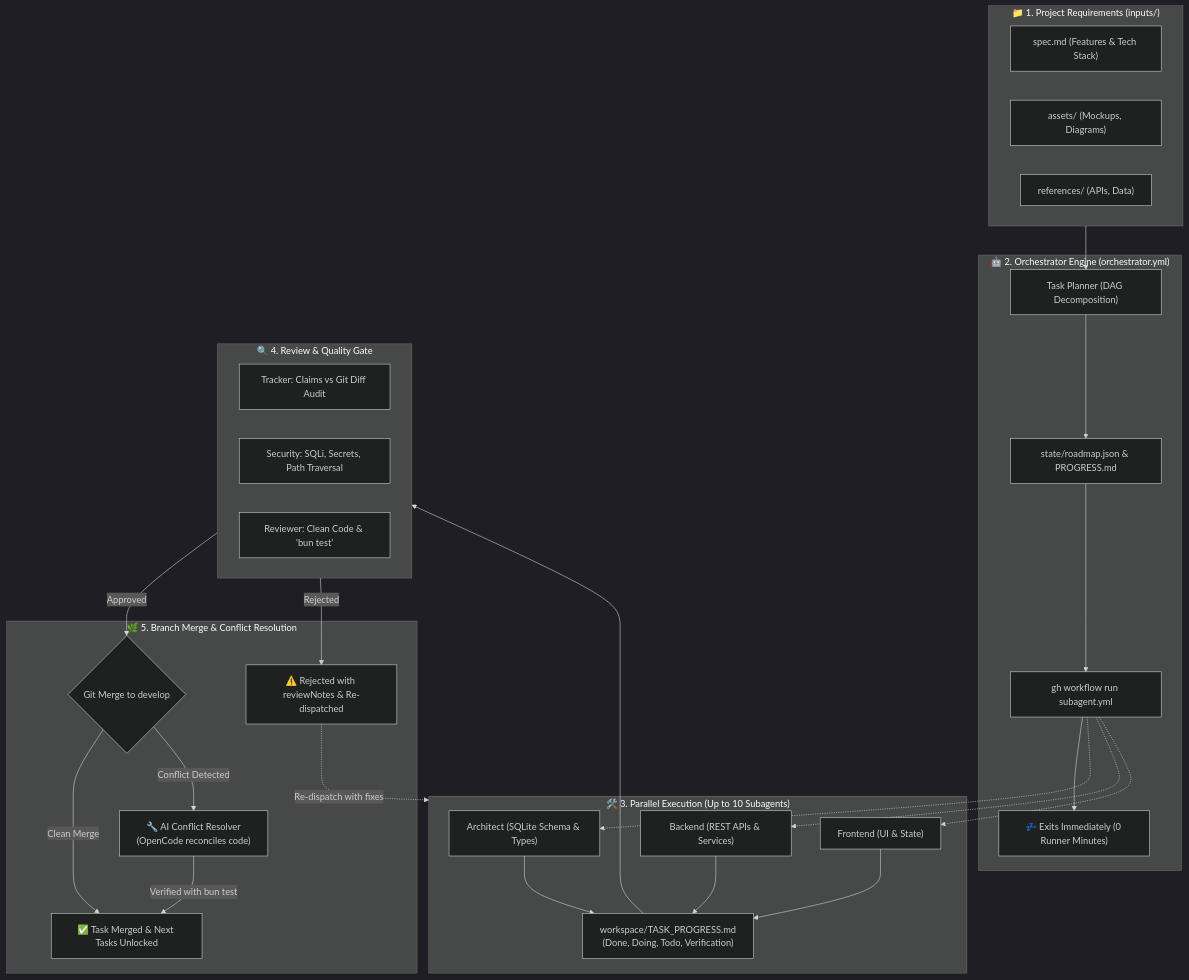
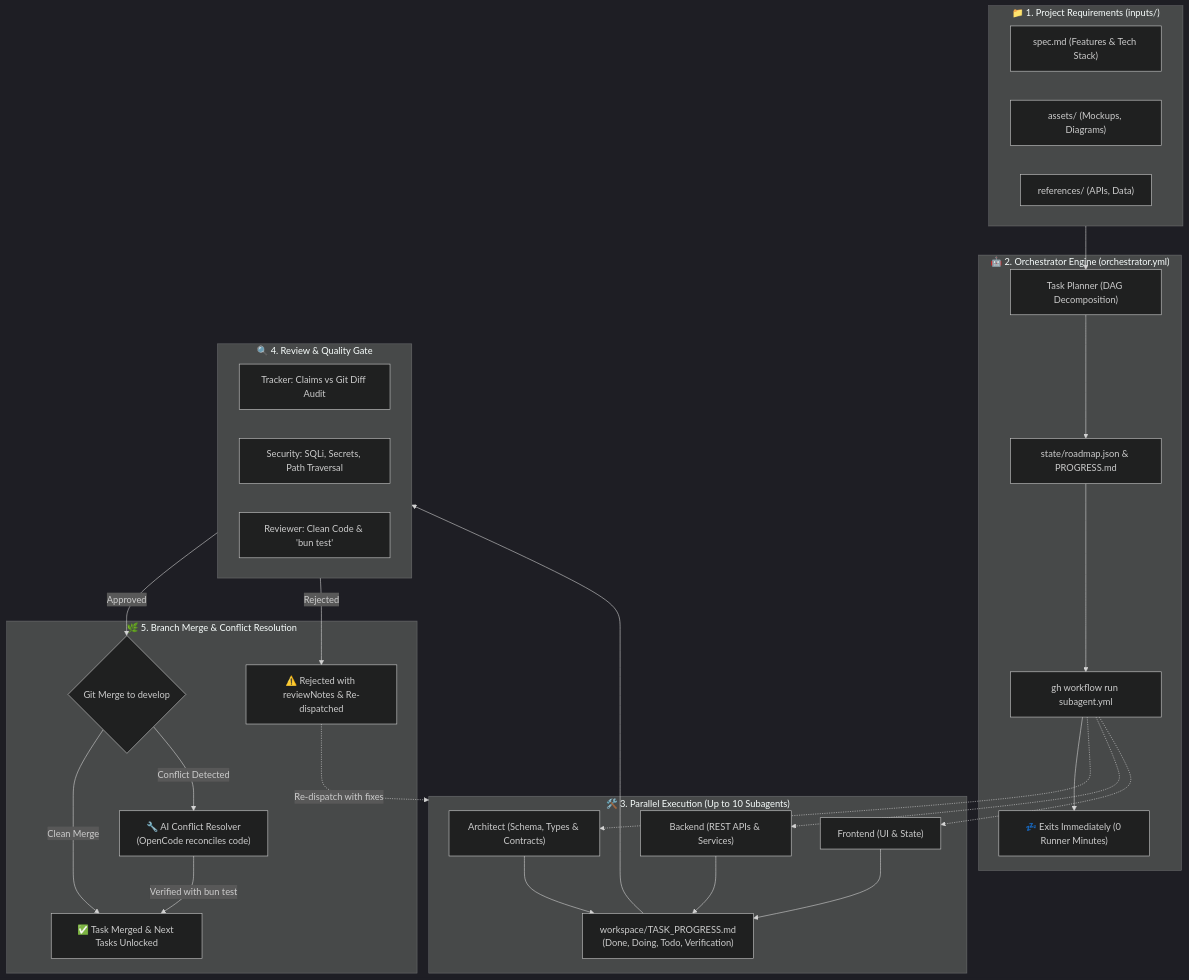
One commit to Taiizor/Orchestrator changed the first of 3 diagrams in README.md. Above: the diagram before and after it, drawn with Mermaid (dark theme). The commit also changed other lines of this file and 12 other files, not shown here.

````diff
--- a/README.md
+++ b/README.md
@@ -11,52 +11,52 @@
 ```mermaid
 flowchart TD
     subgraph Inputs["📁 1. Project Requirements (inputs/)"]
         Spec["spec.md (Features & Tech Stack)"]
         Assets["assets/ (Mockups, Diagrams)"]
         Refs["references/ (APIs, Data)"]
     end
 
     subgraph OrchestratorEngine["🤖 2. Orchestrator Engine (orchestrator.yml)"]
         Plan["Task Planner (DAG Decomposition)"]
         Roadmap["state/roadmap.json & PROGRESS.md"]
         Dispatch["gh workflow run subagent.yml"]
         Sleep["💤 Exits Immediately (0 Runner Minutes)"]
     end
 
     subgraph Subagents["🛠️ 3. Parallel Execution (Up to 10 Subagents)"]
-        AgentA["Architect (SQLite Schema & Types)"]
+        AgentA["Architect (Schema, Types & Contracts)"]
         AgentB["Backend (REST APIs & Services)"]
         AgentC["Frontend (UI & State)"]
         TaskProg["workspace/TASK_PROGRESS.md\n(Done, Doing, Todo, Verification)"]
     end
 
     subgraph QualityGate["🔍 4. Review & Quality Gate"]
         Tracker["Tracker: Claims vs Git Diff Audit"]
         Security["Security: SQLi, Secrets, Path Traversal"]
         Reviewer["Reviewer: Clean Code & 'bun test'"]
     end
 
     subgraph Integration["🌿 5. Branch Merge & Conflict Resolution"]
         GitMerge{"Git Merge to develop"}
         ConflictResolver["🔧 AI Conflict Resolver\n(OpenCode reconciles code)"]
         Success["✅ Task Merged & Next Tasks Unlocked"]
         Rejection["⚠️ Rejected with reviewNotes & Re-dispatched"]
     end
 
     Inputs --> Plan
     Plan --> Roadmap
     Roadmap --> Dispatch
     Dispatch --> Sleep
 
     Dispatch -.-> AgentA & AgentB & AgentC
     AgentA & AgentB & AgentC --> TaskProg
     TaskProg --> QualityGate
 
     QualityGate -->|Approved| GitMerge
     QualityGate -->|Rejected| Rejection
     Rejection -.->|Re-dispatch with fixes| Subagents
 
     GitMerge -->|Clean Merge| Success
     GitMerge -->|Conflict Detected| ConflictResolver
     ConflictResolver -->|Verified with bun test| Success
 ```
````
